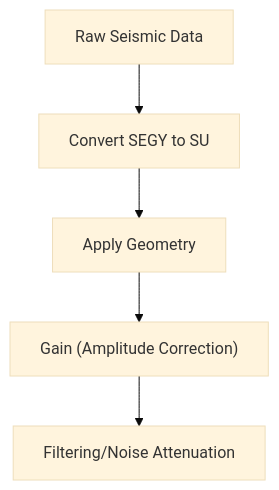
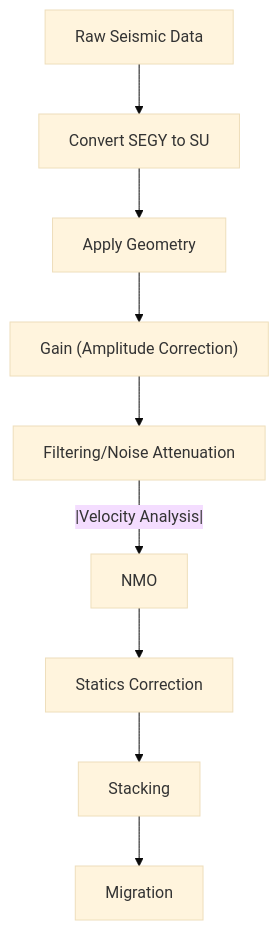
One commit to vandanue/ADG-1 changed the diagram in README.md. Above: the diagram before and after it, drawn with Mermaid (base theme).

````diff
--- a/README.md
+++ b/README.md
@@ -6,7 +6,11 @@
 ```mermaid
 flowchart TD
     A[Raw Seismic Data] --> B[Convert SEGY to SU]
     B --> C[Apply Geometry]
     C --> D["Gain (Amplitude Correction)"]
     D --> E[Filtering/Noise Attenuation]
+    E --|Velocity Analysis|--> F[NMO]
+    F --> G[Statics Correction]
+    G --> H[Stacking]
+    H --> I[Migration]
 ```
````
